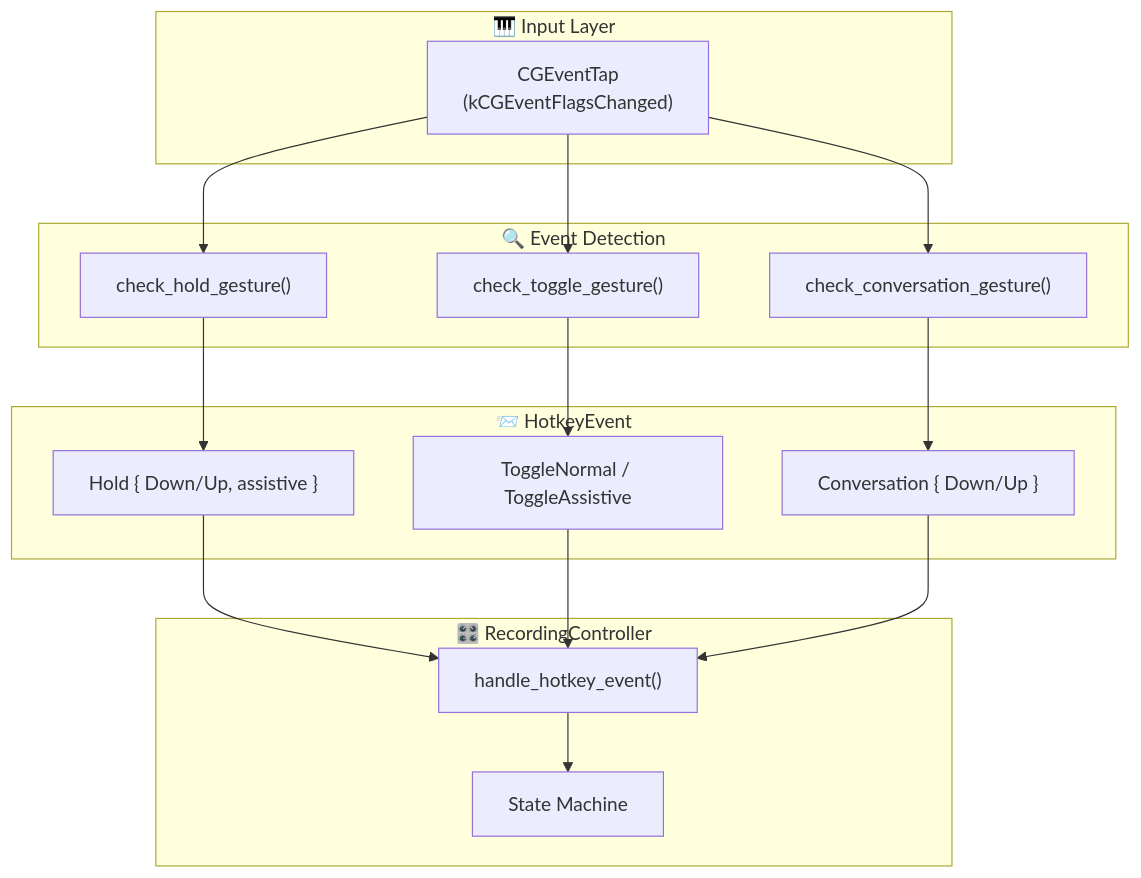
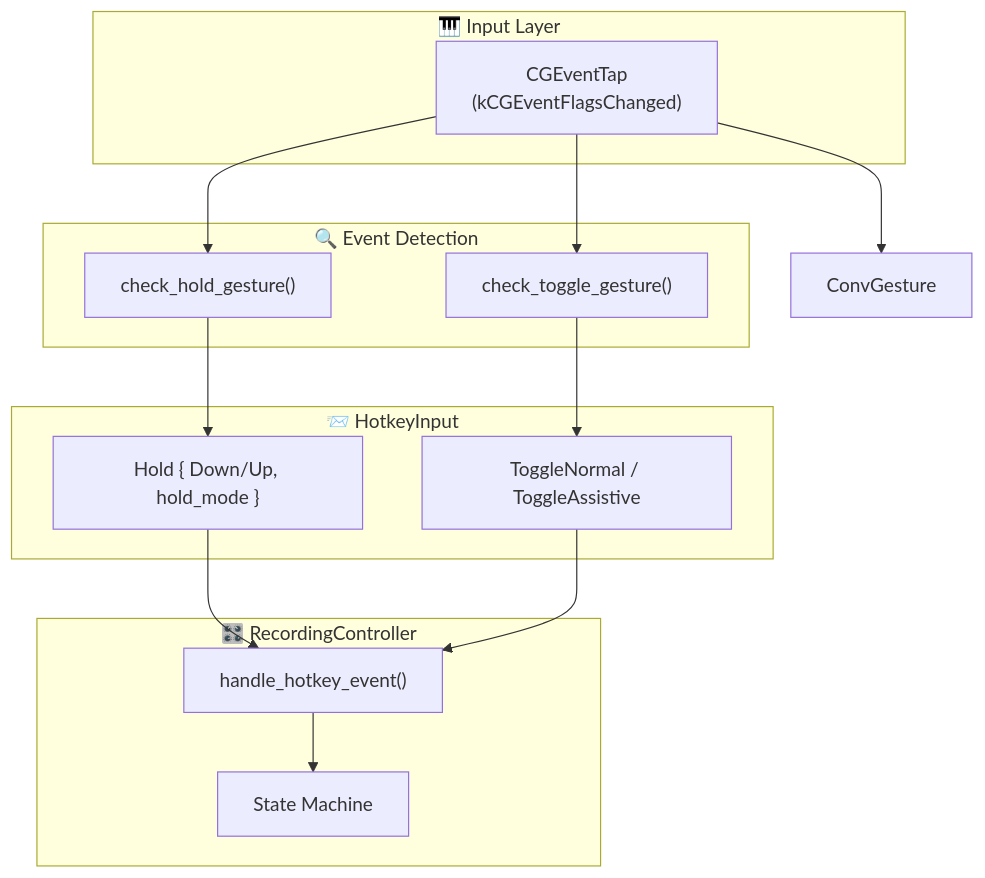
Before and after one commit to vetcoders/codescribe: the first of 6 diagrams in docs/HOTKEYS_CONTRACT.md, drawn with Mermaid. The commit also changed other lines of this file and 14 other files, not shown here.

````diff
--- a/docs/HOTKEYS_CONTRACT.md
+++ b/docs/HOTKEYS_CONTRACT.md
@@ -14,37 +14,32 @@
 ```mermaid
 flowchart TB
     subgraph Input["🎹 Input Layer"]
         CGEventTap["CGEventTap<br/>(kCGEventFlagsChanged)"]
     end
 
     subgraph Detection["🔍 Event Detection"]
         HoldGesture["check_hold_gesture()"]
         ToggleGesture["check_toggle_gesture()"]
-        ConvGesture["check_conversation_gesture()"]
     end
 
-    subgraph Events["📨 HotkeyEvent"]
-        HoldEvent["Hold { Down/Up, assistive }"]
+    subgraph Events["📨 HotkeyInput"]
+        HoldEvent["Hold { Down/Up, hold_mode }"]
         ToggleEvent["ToggleNormal / ToggleAssistive"]
-        ConvEvent["Conversation { Down/Up }"]
     end
 
     subgraph Controller["🎛️ RecordingController"]
         Handler["handle_hotkey_event()"]
         StateMachine["State Machine"]
     end
 
     CGEventTap --> HoldGesture
     CGEventTap --> ToggleGesture
     CGEventTap --> ConvGesture
 
     HoldGesture --> HoldEvent
     ToggleGesture --> ToggleEvent
-    ConvGesture --> ConvEvent
-
     HoldEvent --> Handler
     ToggleEvent --> Handler
-    ConvEvent --> Handler
 
     Handler --> StateMachine
 ```
````
